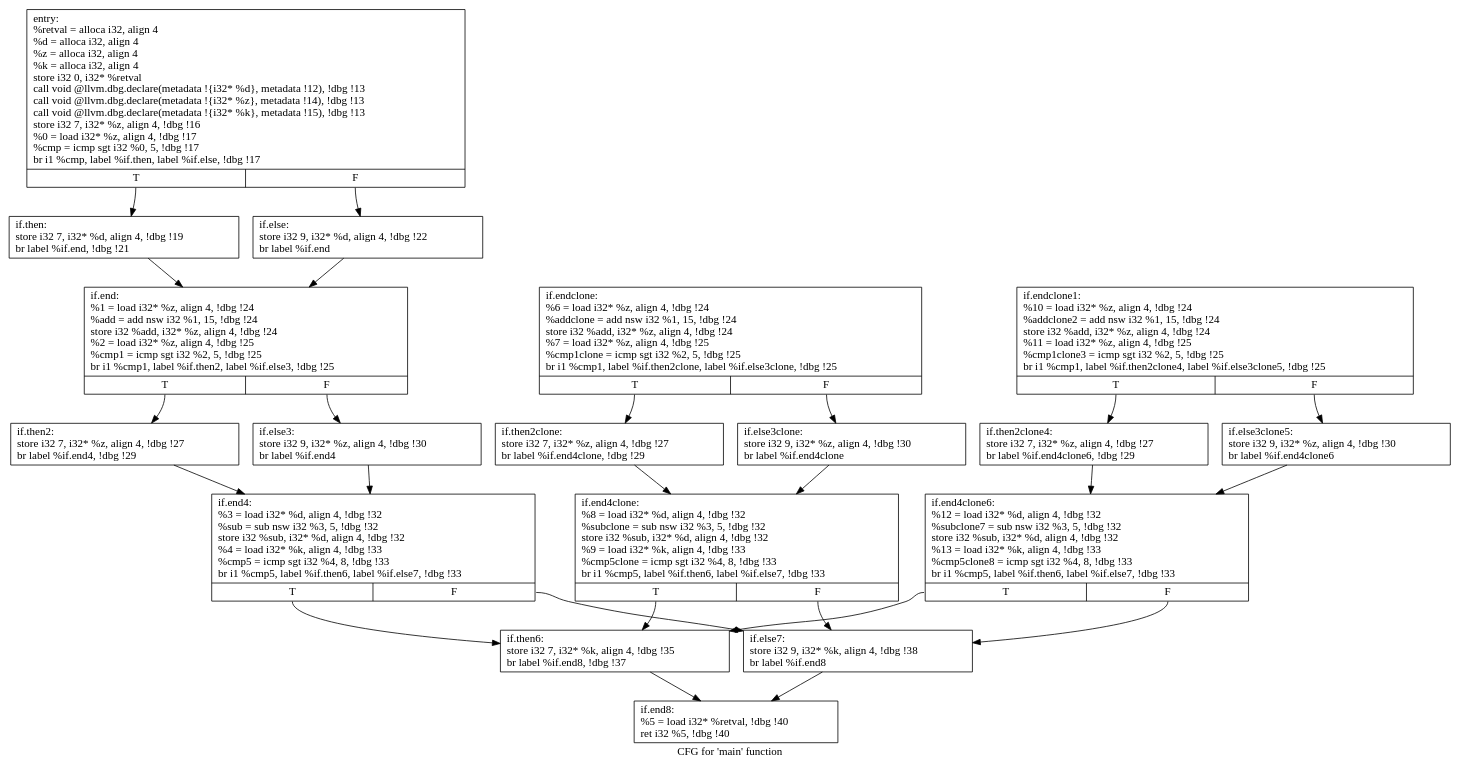
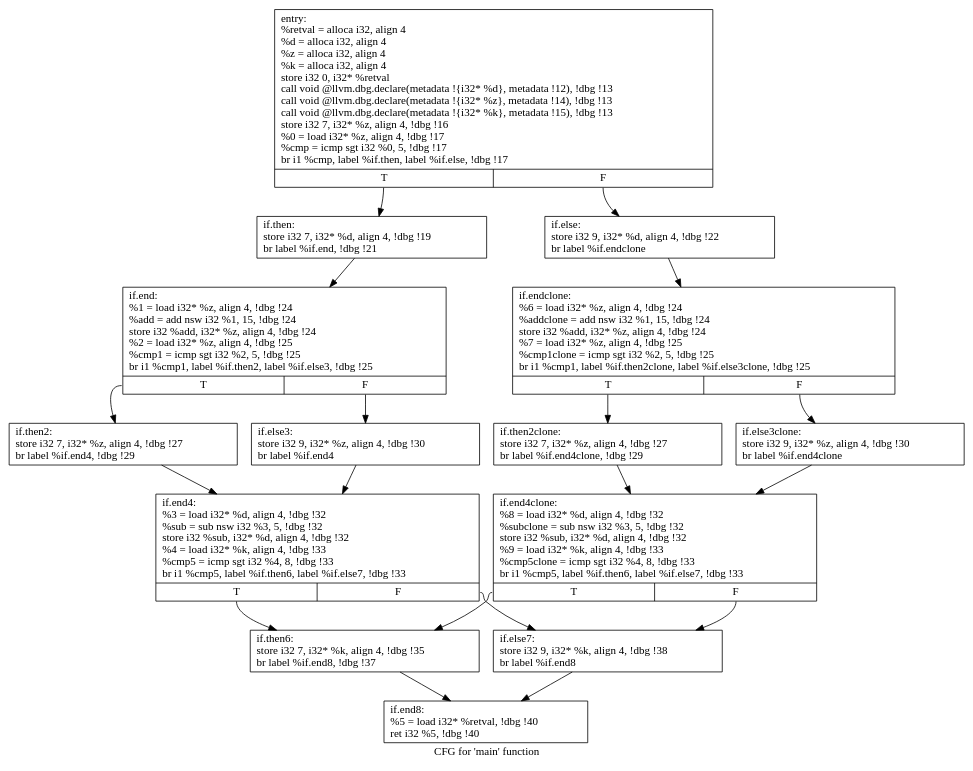
One commit to ddr2108/CS6241-Array_Bounding changed the diagram in Work/Pass/Part 3/cfg.main.dot. Above: the diagram before and after it, drawn with Graphviz. The commit also changed 1 other file, not shown here.

```diff
--- a/Work/Pass/Part 3/cfg.main.dot
+++ b/Work/Pass/Part 3/cfg.main.dot
@@ -1,46 +1,36 @@
 digraph "CFG for 'main' function" {
 	label="CFG for 'main' function";
 
-	Node0x1a86e10 [shape=record,label="{entry:\l  %retval = alloca i32, align 4\l  %d = alloca i32, align 4\l  %z = alloca i32, align 4\l  %k = alloca i32, align 4\l  store i32 0, i32* %retval\l  call void @llvm.dbg.declare(metadata !\{i32* %d\}, metadata !12), !dbg !13\l  call void @llvm.dbg.declare(metadata !\{i32* %z\}, metadata !14), !dbg !13\l  call void @llvm.dbg.declare(metadata !\{i32* %k\}, metadata !15), !dbg !13\l  store i32 7, i32* %z, align 4, !dbg !16\l  %0 = load i32* %z, align 4, !dbg !17\l  %cmp = icmp sgt i32 %0, 5, !dbg !17\l  br i1 %cmp, label %if.then, label %if.else, !dbg !17\l|{<s0>T|<s1>F}}"];
-	Node0x1a86e10:s0 -> Node0x1a86e70;
-	Node0x1a86e10:s1 -> Node0x1a86ed0;
-	Node0x1a86e70 [shape=record,label="{if.then:                                          \l  store i32 7, i32* %d, align 4, !dbg !19\l  br label %if.end, !dbg !21\l}"];
-	Node0x1a86e70 -> Node0x1a86f30;
-	Node0x1a86ed0 [shape=record,label="{if.else:                                          \l  store i32 9, i32* %d, align 4, !dbg !22\l  br label %if.end\l}"];
-	Node0x1a86ed0 -> Node0x1a86f30;
-	Node0x1a86f30 [shape=record,label="{if.end:                                           \l  %1 = load i32* %z, align 4, !dbg !24\l  %add = add nsw i32 %1, 15, !dbg !24\l  store i32 %add, i32* %z, align 4, !dbg !24\l  %2 = load i32* %z, align 4, !dbg !25\l  %cmp1 = icmp sgt i32 %2, 5, !dbg !25\l  br i1 %cmp1, label %if.then2, label %if.else3, !dbg !25\l|{<s0>T|<s1>F}}"];
-	Node0x1a86f30:s0 -> Node0x1a960e0;
-	Node0x1a86f30:s1 -> Node0x1a96140;
-	Node0x1a960e0 [shape=record,label="{if.then2:                                         \l  store i32 7, i32* %z, align 4, !dbg !27\l  br label %if.end4, !dbg !29\l}"];
-	Node0x1a960e0 -> Node0x1a961a0;
-	Node0x1a96140 [shape=record,label="{if.else3:                                         \l  store i32 9, i32* %z, align 4, !dbg !30\l  br label %if.end4\l}"];
-	Node0x1a96140 -> Node0x1a961a0;
-	Node0x1a961a0 [shape=record,label="{if.end4:                                          \l  %3 = load i32* %d, align 4, !dbg !32\l  %sub = sub nsw i32 %3, 5, !dbg !32\l  store i32 %sub, i32* %d, align 4, !dbg !32\l  %4 = load i32* %k, align 4, !dbg !33\l  %cmp5 = icmp sgt i32 %4, 8, !dbg !33\l  br i1 %cmp5, label %if.then6, label %if.else7, !dbg !33\l|{<s0>T|<s1>F}}"];
-	Node0x1a961a0:s0 -> Node0x1a96200;
-	Node0x1a961a0:s1 -> Node0x1a96260;
-	Node0x1a96200 [shape=record,label="{if.then6:                                         \l  store i32 7, i32* %k, align 4, !dbg !35\l  br label %if.end8, !dbg !37\l}"];
-	Node0x1a96200 -> Node0x1a962c0;
-	Node0x1a96260 [shape=record,label="{if.else7:                                         \l  store i32 9, i32* %k, align 4, !dbg !38\l  br label %if.end8\l}"];
-	Node0x1a96260 -> Node0x1a962c0;
-	Node0x1a962c0 [shape=record,label="{if.end8:                                          \l  %5 = load i32* %retval, !dbg !40\l  ret i32 %5, !dbg !40\l}"];
-	Node0x1aad550 [shape=record,label="{if.endclone:                                      \l  %6 = load i32* %z, align 4, !dbg !24\l  %addclone = add nsw i32 %1, 15, !dbg !24\l  store i32 %add, i32* %z, align 4, !dbg !24\l  %7 = load i32* %z, align 4, !dbg !25\l  %cmp1clone = icmp sgt i32 %2, 5, !dbg !25\l  br i1 %cmp1, label %if.then2clone, label %if.else3clone, !dbg !25\l|{<s0>T|<s1>F}}"];
-	Node0x1aad550:s0 -> Node0x1aad950;
-	Node0x1aad550:s1 -> Node0x1aadae0;
-	Node0x1aad950 [shape=record,label="{if.then2clone:                                    \l  store i32 7, i32* %z, align 4, !dbg !27\l  br label %if.end4clone, !dbg !29\l}"];
-	Node0x1aad950 -> Node0x1aadce0;
-	Node0x1aadae0 [shape=record,label="{if.else3clone:                                    \l  store i32 9, i32* %z, align 4, !dbg !30\l  br label %if.end4clone\l}"];
-	Node0x1aadae0 -> Node0x1aadce0;
-	Node0x1aadce0 [shape=record,label="{if.end4clone:                                     \l  %8 = load i32* %d, align 4, !dbg !32\l  %subclone = sub nsw i32 %3, 5, !dbg !32\l  store i32 %sub, i32* %d, align 4, !dbg !32\l  %9 = load i32* %k, align 4, !dbg !33\l  %cmp5clone = icmp sgt i32 %4, 8, !dbg !33\l  br i1 %cmp5, label %if.then6, label %if.else7, !dbg !33\l|{<s0>T|<s1>F}}"];
-	Node0x1aadce0:s0 -> Node0x1a96200;
-	Node0x1aadce0:s1 -> Node0x1a96260;
-	Node0x1aae3f0 [shape=record,label="{if.endclone1:                                     \l  %10 = load i32* %z, align 4, !dbg !24\l  %addclone2 = add nsw i32 %1, 15, !dbg !24\l  store i32 %add, i32* %z, align 4, !dbg !24\l  %11 = load i32* %z, align 4, !dbg !25\l  %cmp1clone3 = icmp sgt i32 %2, 5, !dbg !25\l  br i1 %cmp1, label %if.then2clone4, label %if.else3clone5, !dbg !25\l|{<s0>T|<s1>F}}"];
-	Node0x1aae3f0:s0 -> Node0x1aae7d0;
-	Node0x1aae3f0:s1 -> Node0x1aae990;
-	Node0x1aae7d0 [shape=record,label="{if.then2clone4:                                   \l  store i32 7, i32* %z, align 4, !dbg !27\l  br label %if.end4clone6, !dbg !29\l}"];
-	Node0x1aae7d0 -> Node0x1aaeb90;
-	Node0x1aae990 [shape=record,label="{if.else3clone5:                                   \l  store i32 9, i32* %z, align 4, !dbg !30\l  br label %if.end4clone6\l}"];
-	Node0x1aae990 -> Node0x1aaeb90;
-	Node0x1aaeb90 [shape=record,label="{if.end4clone6:                                    \l  %12 = load i32* %d, align 4, !dbg !32\l  %subclone7 = sub nsw i32 %3, 5, !dbg !32\l  store i32 %sub, i32* %d, align 4, !dbg !32\l  %13 = load i32* %k, align 4, !dbg !33\l  %cmp5clone8 = icmp sgt i32 %4, 8, !dbg !33\l  br i1 %cmp5, label %if.then6, label %if.else7, !dbg !33\l|{<s0>T|<s1>F}}"];
-	Node0x1aaeb90:s0 -> Node0x1a96200;
-	Node0x1aaeb90:s1 -> Node0x1a96260;
+	Node0x336ae10 [shape=record,label="{entry:\l  %retval = alloca i32, align 4\l  %d = alloca i32, align 4\l  %z = alloca i32, align 4\l  %k = alloca i32, align 4\l  store i32 0, i32* %retval\l  call void @llvm.dbg.declare(metadata !\{i32* %d\}, metadata !12), !dbg !13\l  call void @llvm.dbg.declare(metadata !\{i32* %z\}, metadata !14), !dbg !13\l  call void @llvm.dbg.declare(metadata !\{i32* %k\}, metadata !15), !dbg !13\l  store i32 7, i32* %z, align 4, !dbg !16\l  %0 = load i32* %z, align 4, !dbg !17\l  %cmp = icmp sgt i32 %0, 5, !dbg !17\l  br i1 %cmp, label %if.then, label %if.else, !dbg !17\l|{<s0>T|<s1>F}}"];
+	Node0x336ae10:s0 -> Node0x336ae70;
+	Node0x336ae10:s1 -> Node0x336aed0;
+	Node0x336ae70 [shape=record,label="{if.then:                                          \l  store i32 7, i32* %d, align 4, !dbg !19\l  br label %if.end, !dbg !21\l}"];
+	Node0x336ae70 -> Node0x336af30;
+	Node0x336aed0 [shape=record,label="{if.else:                                          \l  store i32 9, i32* %d, align 4, !dbg !22\l  br label %if.endclone\l}"];
+	Node0x336aed0 -> Node0x33917d0;
+	Node0x336af30 [shape=record,label="{if.end:                                           \l  %1 = load i32* %z, align 4, !dbg !24\l  %add = add nsw i32 %1, 15, !dbg !24\l  store i32 %add, i32* %z, align 4, !dbg !24\l  %2 = load i32* %z, align 4, !dbg !25\l  %cmp1 = icmp sgt i32 %2, 5, !dbg !25\l  br i1 %cmp1, label %if.then2, label %if.else3, !dbg !25\l|{<s0>T|<s1>F}}"];
+	Node0x336af30:s0 -> Node0x337a0e0;
+	Node0x336af30:s1 -> Node0x337a140;
+	Node0x337a0e0 [shape=record,label="{if.then2:                                         \l  store i32 7, i32* %z, align 4, !dbg !27\l  br label %if.end4, !dbg !29\l}"];
+	Node0x337a0e0 -> Node0x337a1a0;
+	Node0x337a140 [shape=record,label="{if.else3:                                         \l  store i32 9, i32* %z, align 4, !dbg !30\l  br label %if.end4\l}"];
+	Node0x337a140 -> Node0x337a1a0;
+	Node0x337a1a0 [shape=record,label="{if.end4:                                          \l  %3 = load i32* %d, align 4, !dbg !32\l  %sub = sub nsw i32 %3, 5, !dbg !32\l  store i32 %sub, i32* %d, align 4, !dbg !32\l  %4 = load i32* %k, align 4, !dbg !33\l  %cmp5 = icmp sgt i32 %4, 8, !dbg !33\l  br i1 %cmp5, label %if.then6, label %if.else7, !dbg !33\l|{<s0>T|<s1>F}}"];
+	Node0x337a1a0:s0 -> Node0x337a200;
+	Node0x337a1a0:s1 -> Node0x337a260;
+	Node0x337a200 [shape=record,label="{if.then6:                                         \l  store i32 7, i32* %k, align 4, !dbg !35\l  br label %if.end8, !dbg !37\l}"];
+	Node0x337a200 -> Node0x337a2c0;
+	Node0x337a260 [shape=record,label="{if.else7:                                         \l  store i32 9, i32* %k, align 4, !dbg !38\l  br label %if.end8\l}"];
+	Node0x337a260 -> Node0x337a2c0;
+	Node0x337a2c0 [shape=record,label="{if.end8:                                          \l  %5 = load i32* %retval, !dbg !40\l  ret i32 %5, !dbg !40\l}"];
+	Node0x33917d0 [shape=record,label="{if.endclone:                                      \l  %6 = load i32* %z, align 4, !dbg !24\l  %addclone = add nsw i32 %1, 15, !dbg !24\l  store i32 %add, i32* %z, align 4, !dbg !24\l  %7 = load i32* %z, align 4, !dbg !25\l  %cmp1clone = icmp sgt i32 %2, 5, !dbg !25\l  br i1 %cmp1, label %if.then2clone, label %if.else3clone, !dbg !25\l|{<s0>T|<s1>F}}"];
+	Node0x33917d0:s0 -> Node0x3391c60;
+	Node0x33917d0:s1 -> Node0x3391e20;
+	Node0x3391c60 [shape=record,label="{if.then2clone:                                    \l  store i32 7, i32* %z, align 4, !dbg !27\l  br label %if.end4clone, !dbg !29\l}"];
+	Node0x3391c60 -> Node0x3392020;
+	Node0x3391e20 [shape=record,label="{if.else3clone:                                    \l  store i32 9, i32* %z, align 4, !dbg !30\l  br label %if.end4clone\l}"];
+	Node0x3391e20 -> Node0x3392020;
+	Node0x3392020 [shape=record,label="{if.end4clone:                                     \l  %8 = load i32* %d, align 4, !dbg !32\l  %subclone = sub nsw i32 %3, 5, !dbg !32\l  store i32 %sub, i32* %d, align 4, !dbg !32\l  %9 = load i32* %k, align 4, !dbg !33\l  %cmp5clone = icmp sgt i32 %4, 8, !dbg !33\l  br i1 %cmp5, label %if.then6, label %if.else7, !dbg !33\l|{<s0>T|<s1>F}}"];
+	Node0x3392020:s0 -> Node0x337a200;
+	Node0x3392020:s1 -> Node0x337a260;
 }
```
